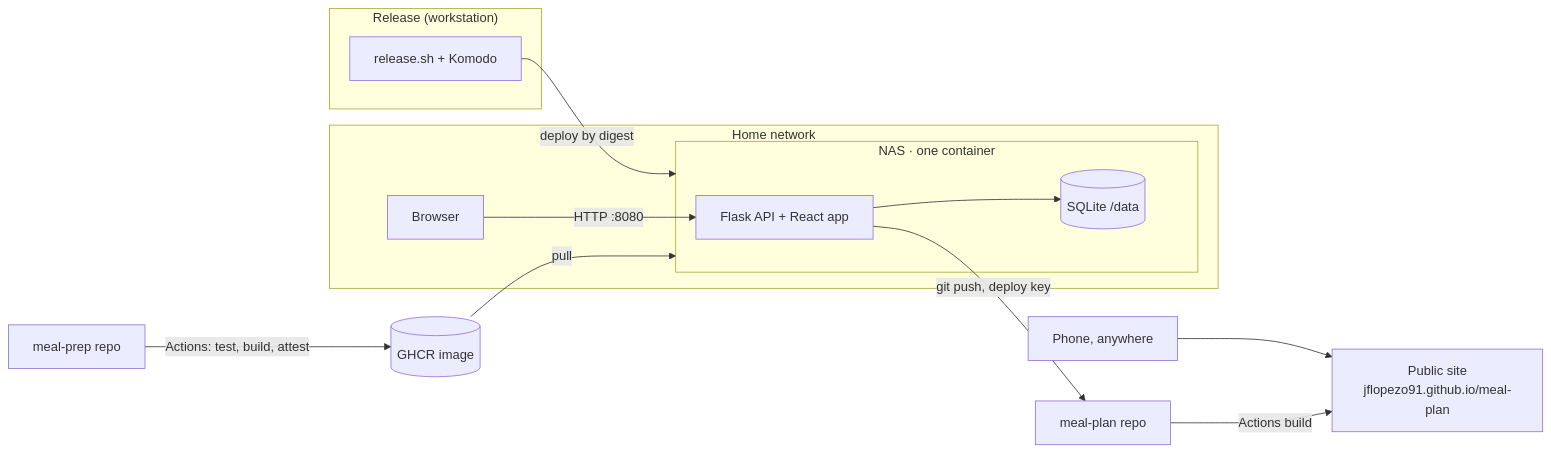
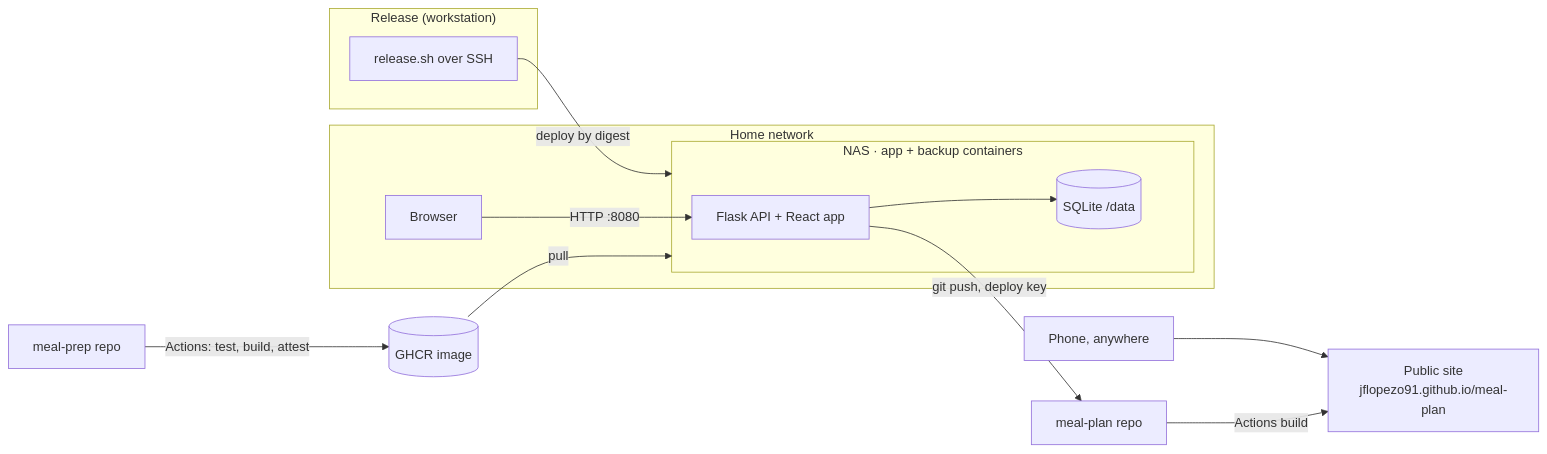
One commit to jflopezo91/meal-prep changed the diagram in docs/ARCHITECTURE.md. Above: the diagram before and after it, drawn with Mermaid. The commit also changed other lines of this file and 9 other files, not shown here.

First line of the commit message:
Release to the NAS with release.sh over SSH; weekly backups; drop Komodo

````diff
--- a/docs/ARCHITECTURE.md
+++ b/docs/ARCHITECTURE.md
@@ -7,18 +7,18 @@
 ```mermaid
 flowchart LR
   subgraph home["Home network"]
     B[Browser] -->|HTTP :8080| APP
-    subgraph NAS["NAS · one container"]
+    subgraph NAS["NAS · app + backup containers"]
       APP[Flask API + React app] --> DB[(SQLite /data)]
     end
   end
   APP -->|git push, deploy key| MP[meal-plan repo]
   MP -->|Actions build| SITE[Public site<br/>jflopezo91.github.io/meal-plan]
   PHONE[Phone, anywhere] --> SITE
   subgraph CD["Release (workstation)"]
-    REL[release.sh + Komodo]
+    REL[release.sh over SSH]
   end
   GH[meal-prep repo] -->|Actions: test, build, attest| GHCR[(GHCR image)]
   REL -->|deploy by digest| NAS
   GHCR -->|pull| NAS
 ```
````
